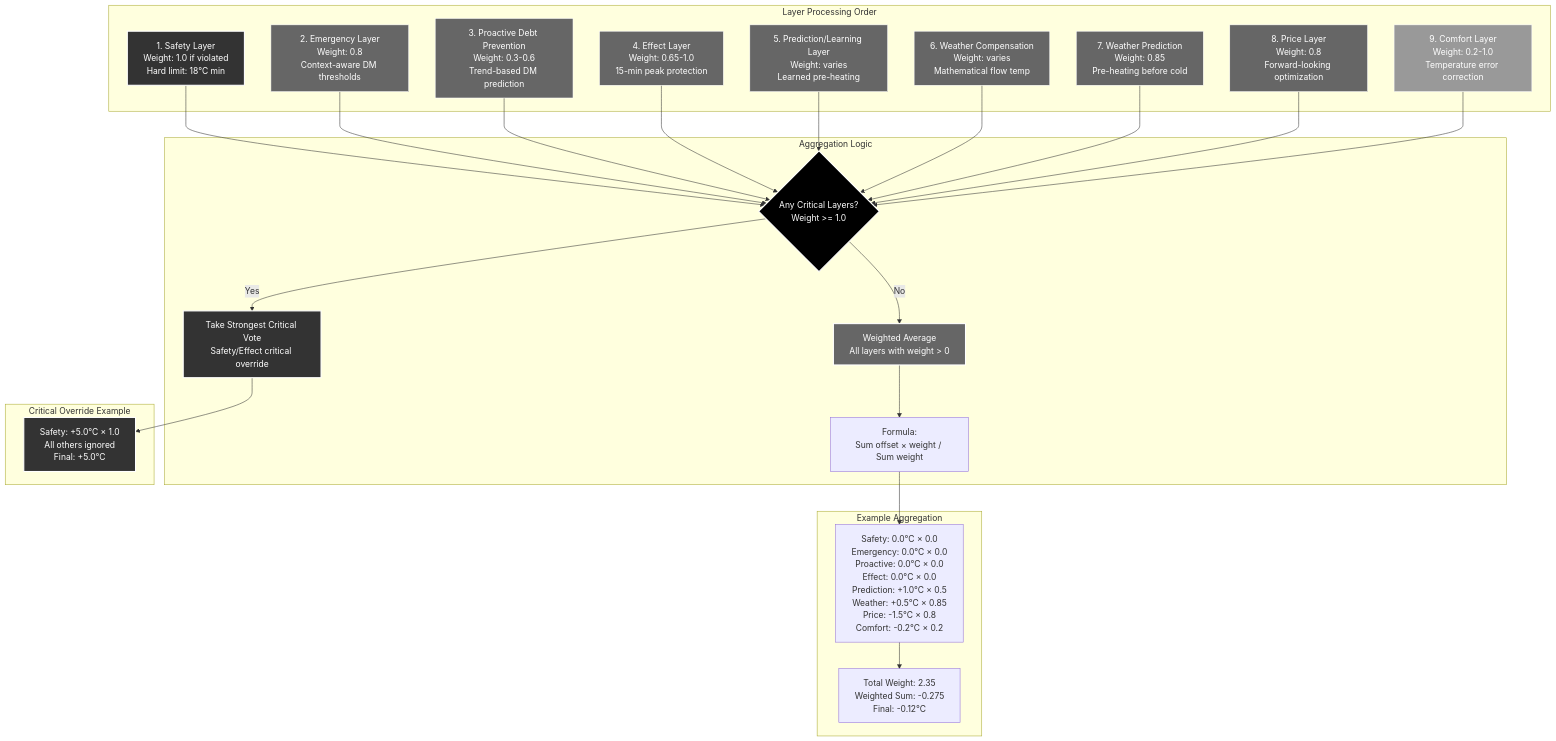
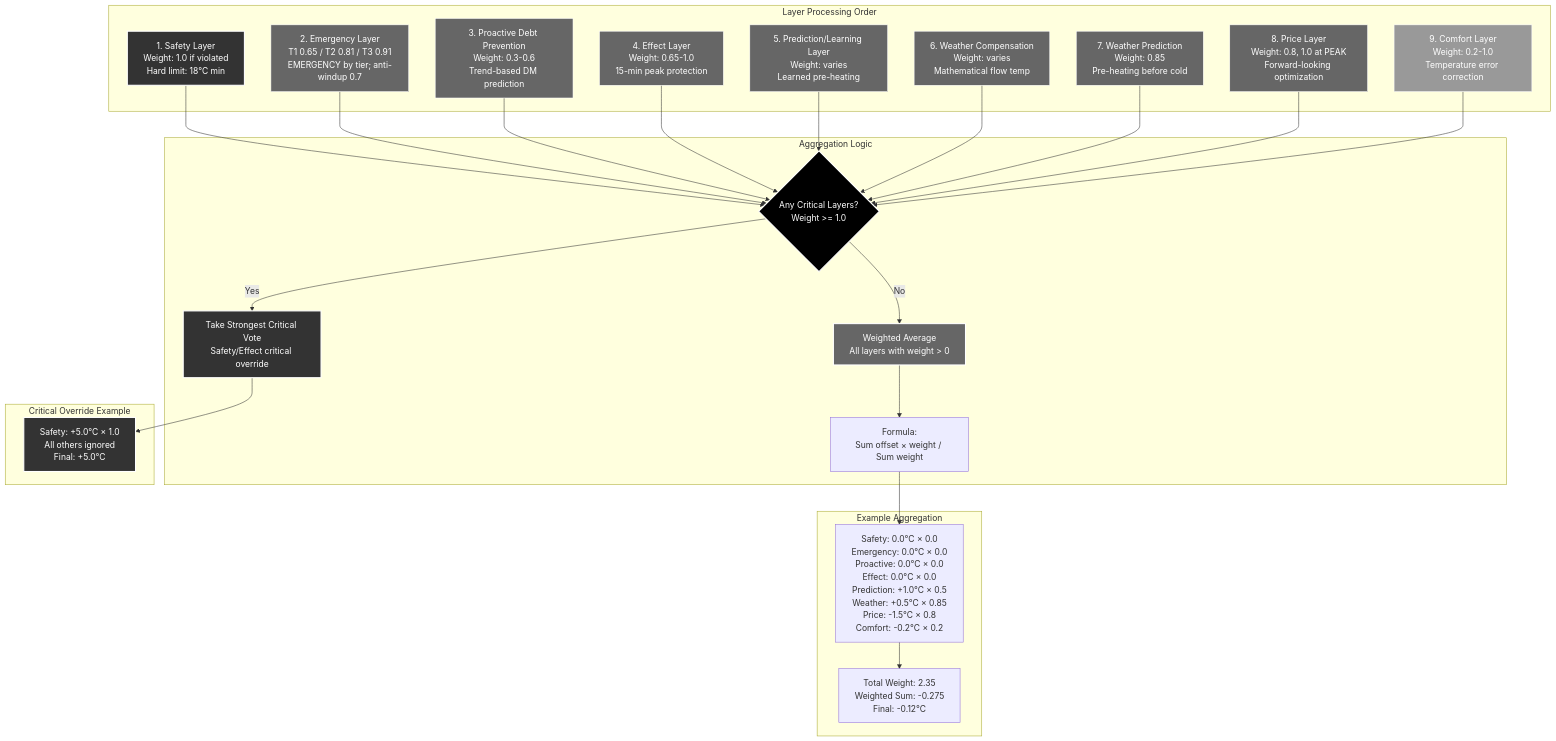
Before and after one commit to enoch85/EffektGuard: the diagram in docs/architecture/08_layer_priority_system.md, drawn with Mermaid. The commit also changed other lines of this file and 32 other files, not shown here.

````diff
--- a/docs/architecture/08_layer_priority_system.md
+++ b/docs/architecture/08_layer_priority_system.md
@@ -5,66 +5,66 @@
 ```mermaid
 flowchart TD
     subgraph "Layer Processing Order"
         A[1. Safety Layer<br/>Weight: 1.0 if violated<br/>Hard limit: 18°C min]
-        B[2. Emergency Layer<br/>Weight: 0.8<br/>Context-aware DM thresholds]
+        B[2. Emergency Layer<br/>T1 0.65 / T2 0.81 / T3 0.91<br/>EMERGENCY by tier; anti-windup 0.7]
         C[3. Proactive Debt Prevention<br/>Weight: 0.3-0.6<br/>Trend-based DM prediction]
         D[4. Effect Layer<br/>Weight: 0.65-1.0<br/>15-min peak protection]
         E[5. Prediction/Learning Layer<br/>Weight: varies<br/>Learned pre-heating]
         F[6. Weather Compensation<br/>Weight: varies<br/>Mathematical flow temp]
         G[7. Weather Prediction<br/>Weight: 0.85<br/>Pre-heating before cold]
-        H[8. Price Layer<br/>Weight: 0.8<br/>Forward-looking optimization]
+        H[8. Price Layer<br/>Weight: 0.8, 1.0 at PEAK<br/>Forward-looking optimization]
         I[9. Comfort Layer<br/>Weight: 0.2-1.0<br/>Temperature error correction]
     end
 
     subgraph "Aggregation Logic"
         J{Any Critical Layers?<br/>Weight >= 1.0}
         K[Take Strongest Critical Vote<br/>Safety/Effect critical override]
         L[Weighted Average<br/>All layers with weight > 0]
         M[Formula:<br/>Sum offset × weight / Sum weight]
     end
 
     subgraph "Example Aggregation"
         N[Safety: 0.0°C × 0.0<br/>Emergency: 0.0°C × 0.0<br/>Proactive: 0.0°C × 0.0<br/>Effect: 0.0°C × 0.0<br/>Prediction: +1.0°C × 0.5<br/>Weather: +0.5°C × 0.85<br/>Price: -1.5°C × 0.8<br/>Comfort: -0.2°C × 0.2]
         O[Total Weight: 2.35<br/>Weighted Sum: -0.275<br/>Final: -0.12°C]
     end
 
     subgraph "Critical Override Example"
         P[Safety: +5.0°C × 1.0<br/>All others ignored<br/>Final: +5.0°C]
     end
 
     %% Flow
     A --> J
     B --> J
     C --> J
     D --> J
     E --> J
     F --> J
     G --> J
     H --> J
     I --> J
     
     J -->|Yes| K
     J -->|No| L
     L --> M
     
     M --> N
     N --> O
     
     K --> P
 
     %% Styling
     style A fill:#333,stroke:#fff,stroke-width:2px,color:#fff
     style B fill:#666,stroke:#fff,stroke-width:1px,color:#fff
     style C fill:#666,stroke:#fff,stroke-width:1px,color:#fff
     style D fill:#666,stroke:#fff,stroke-width:1px,color:#fff
     style E fill:#666,stroke:#fff,stroke-width:1px,color:#fff
     style F fill:#666,stroke:#fff,stroke-width:1px,color:#fff
     style G fill:#666,stroke:#fff,stroke-width:1px,color:#fff
     style H fill:#666,stroke:#fff,stroke-width:1px,color:#fff
     style I fill:#999,stroke:#fff,stroke-width:1px,color:#fff
     
     style J fill:#000,stroke:#fff,stroke-width:2px,color:#fff
     style K fill:#333,stroke:#fff,stroke-width:2px,color:#fff
     style L fill:#666,stroke:#fff,stroke-width:2px,color:#fff
     style P fill:#333,stroke:#fff,stroke-width:2px,color:#fff
 ```
````
